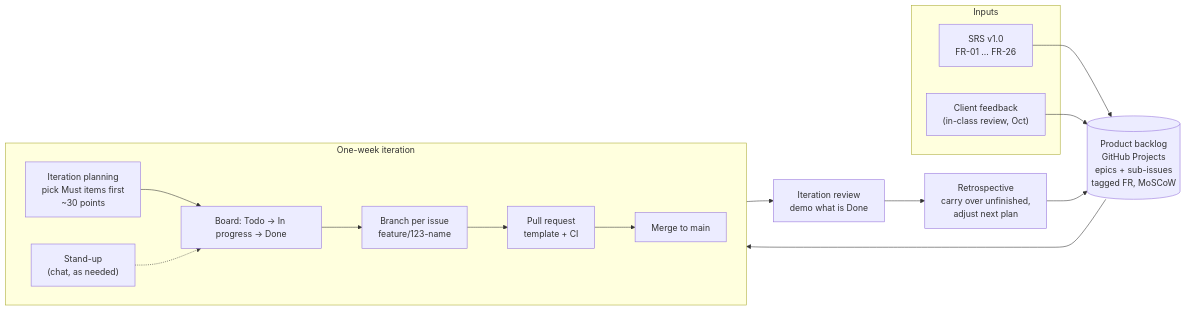
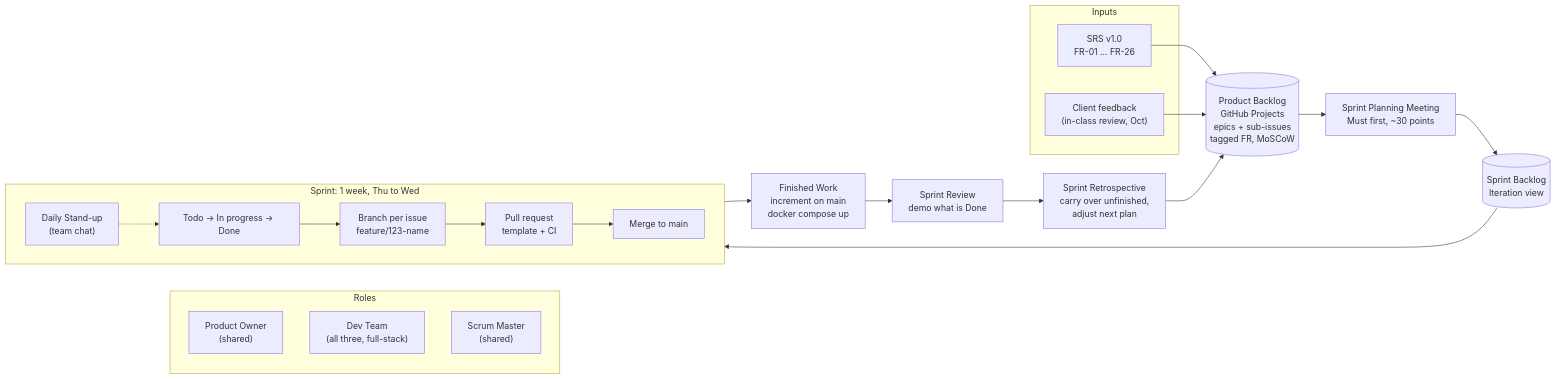
One commit to PhomMaiWai/TorFinder changed the diagram in docs/process/team-workflow.md. Above: the diagram before and after it, drawn with Mermaid.

Commit message:
docs(workflow): name the diagram's steps the way the Scrum slide does
Adds the roles, Sprint Backlog and Finished Work boxes so the diagram reads against the course's Scrum workflow slide.

````diff
--- a/docs/process/team-workflow.md
+++ b/docs/process/team-workflow.md
@@ -15,29 +15,38 @@
 ```mermaid
 flowchart LR
+    subgraph Roles
+        direction TB
+        PO["Product Owner<br/>(shared)"]
+        Dev["Dev Team<br/>(all three, full-stack)"]
+        SM["Scrum Master<br/>(shared)"]
+    end
+
     subgraph Inputs
         SRS["SRS v1.0<br/>FR-01 … FR-26"]
         Client["Client feedback<br/>(in-class review, Oct)"]
     end
 
-    Backlog[("Product backlog<br/>GitHub Projects<br/>epics + sub-issues<br/>tagged FR, MoSCoW")]
+    Backlog[("Product Backlog<br/>GitHub Projects<br/>epics + sub-issues<br/>tagged FR, MoSCoW")]
+    Planning["Sprint Planning Meeting<br/>Must first, ~30 points"]
+    SprintBacklog[("Sprint Backlog<br/>Iteration view")]
 
-    subgraph Sprint["One-week iteration"]
+    subgraph Sprint["Sprint: 1 week, Thu to Wed"]
         direction LR
-        Plan["Iteration planning<br/>pick Must items first<br/>~30 points"]
-        Board["Board: Todo → In progress → Done"]
-        Dev["Branch per issue<br/>feature/123-name"]
+        Board["Todo → In progress → Done"]
+        Dev2["Branch per issue<br/>feature/123-name"]
         PR["Pull request<br/>template + CI"]
         Merge["Merge to main"]
-        Sync["Stand-up<br/>(chat, as needed)"]
-        Plan --> Board --> Dev --> PR --> Merge
-        Sync -.-> Board
+        Standup["Daily Stand-up<br/>(team chat)"]
+        Board --> Dev2 --> PR --> Merge
+        Standup -.-> Board
     end
 
-    Review["Iteration review<br/>demo what is Done"]
-    Retro["Retrospective<br/>carry over unfinished,<br/>adjust next plan"]
+    Done["Finished Work<br/>increment on main<br/>docker compose up"]
+    Review["Sprint Review<br/>demo what is Done"]
+    Retro["Sprint Retrospective<br/>carry over unfinished,<br/>adjust next plan"]
 
     SRS --> Backlog
     Client --> Backlog
-    Backlog --> Plan
-    Merge --> Review --> Retro --> Backlog
+    Backlog --> Planning --> SprintBacklog --> Board
+    Merge --> Done --> Review --> Retro --> Backlog
 ```
````
